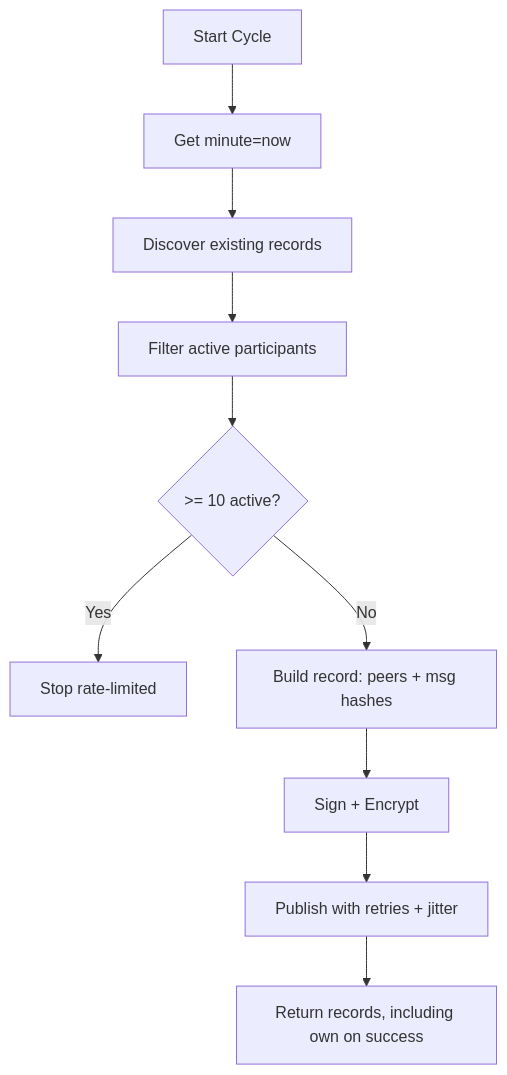
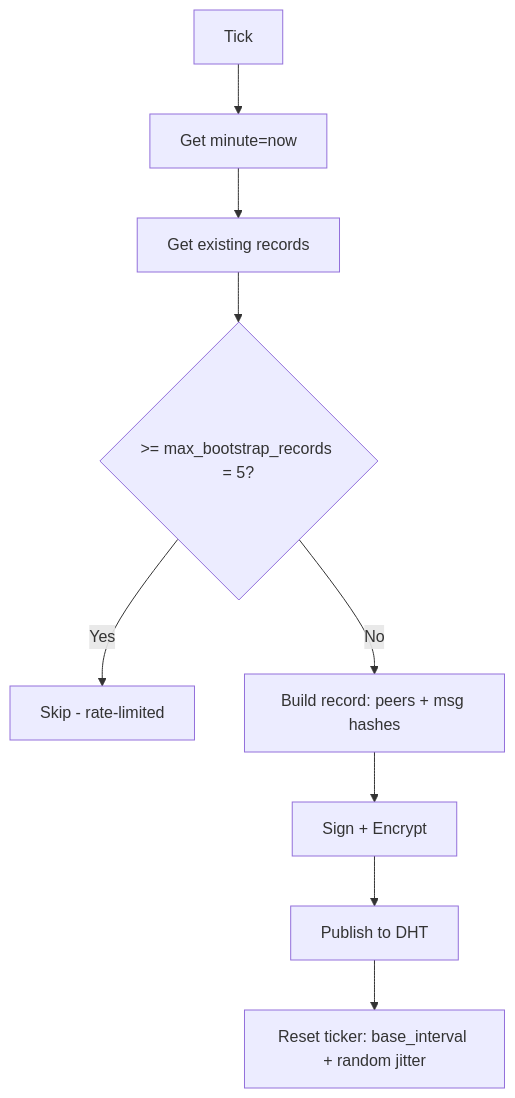
One commit to rustonbsd/distributed-topic-tracker changed the fourth of 7 diagrams in ARCHITECTURE.md. Above: the diagram before and after it, drawn with Mermaid. The commit also changed other lines of this file and 20 other files, not shown here.

````diff
--- a/ARCHITECTURE.md
+++ b/ARCHITECTURE.md
@@ -137,12 +148,11 @@
 ```mermaid
 flowchart TD
-  A[Start Cycle] --> B[Get minute=now]
-  B --> C[Discover existing records]
-  C --> D[Filter active participants]
-  D --> E{>= 10 active?}
-  E -- Yes --> F[Stop rate-limited]
+  A[Tick] --> B[Get minute=now]
+  B --> C[Get existing records]
+  C --> E{>= max_bootstrap_records = 5?}
+  E -- Yes --> F[Skip - rate-limited]
   E -- No --> G[Build record: peers + msg hashes]
   G --> H[Sign + Encrypt]
-  H --> I[Publish with retries + jitter]
-  I --> J[Return records, including own on success]
+  H --> I[Publish to DHT]
+  I --> J[Reset ticker: base_interval + random jitter]
 ```
````
